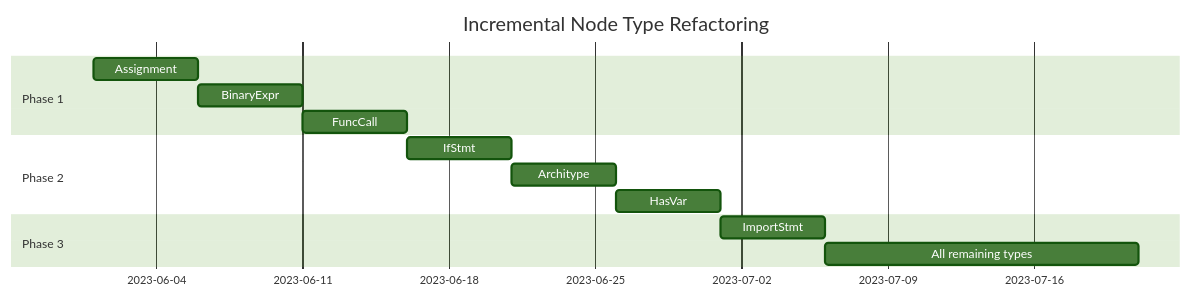
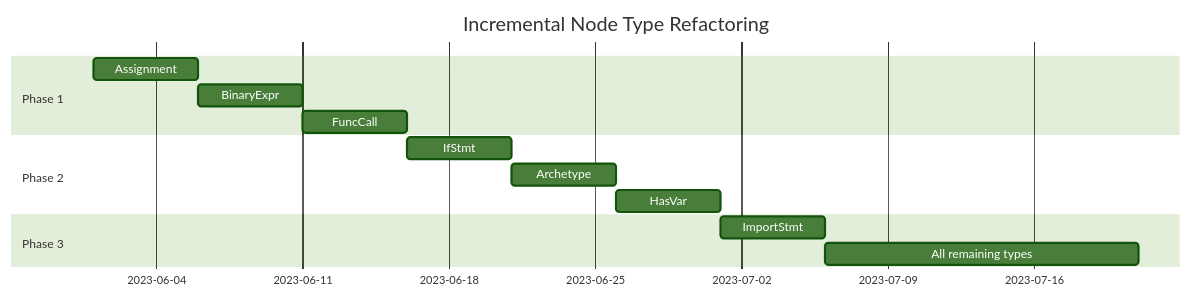
Before and after one commit to Jaseci-Labs/jaseci: the fourth of 4 diagrams in docs/docs/internals/planning_specs/formatter_system.md, drawn with Mermaid (forest theme). The commit also changed 85 other files, not shown here.

````diff
--- a/docs/docs/internals/planning_specs/formatter_system.md
+++ b/docs/docs/internals/planning_specs/formatter_system.md
@@ -581,16 +581,16 @@
 ```mermaid
 gantt
     title Incremental Node Type Refactoring
     dateFormat  YYYY-MM-DD
     section Phase 1
     Assignment            :p1, 2023-06-01, 5d
     BinaryExpr            :p2, 2023-06-06, 5d
     FuncCall              :p3, 2023-06-11, 5d
     section Phase 2
     IfStmt                :p4, 2023-06-16, 5d
-    Architype             :p5, 2023-06-21, 5d
+    Archetype             :p5, 2023-06-21, 5d
     HasVar                :p6, 2023-06-26, 5d
     section Phase 3
     ImportStmt            :p7, 2023-07-01, 5d
     All remaining types   :p8, 2023-07-06, 15d
 ```
````
